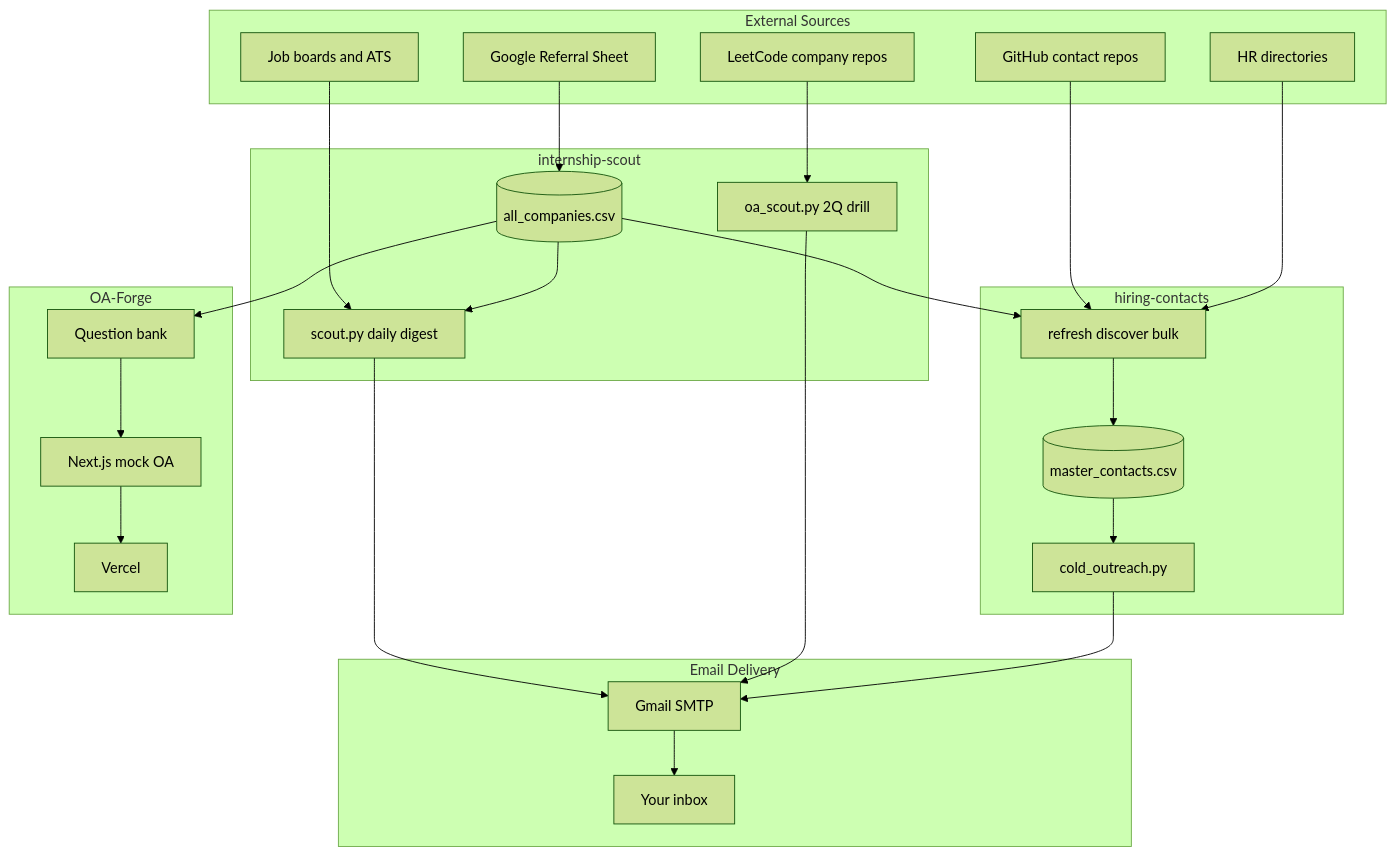
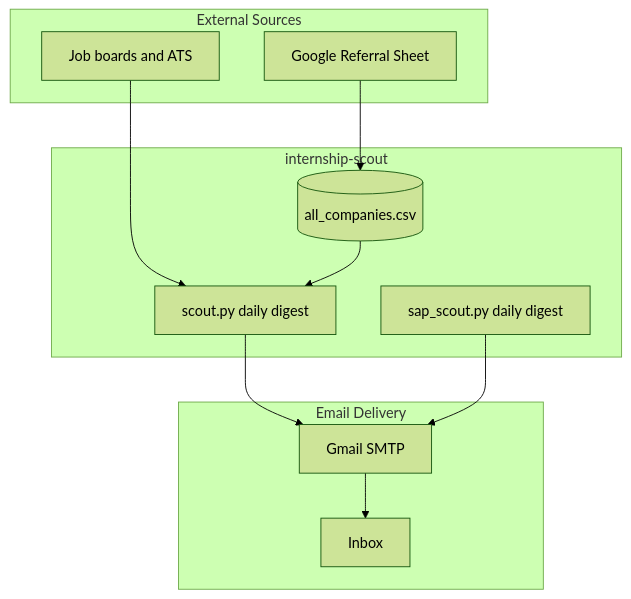
The diagram in README.md (Ojas-Srivastava05/resume-optimiser), drawn with Mermaid (forest theme) before and after one commit. The commit also changed other lines of this file and 6 other files, not shown here.

First line of the commit message:
Keep only internship and SAP scout as scheduled automations.

````diff
--- a/README.md
+++ b/README.md
@@ -34,46 +79,24 @@
 ```mermaid
 flowchart TB
     subgraph Sources["External Sources"]
         BOARDS["Job boards and ATS"]
         SHEET["Google Referral Sheet"]
-        GH["GitHub contact repos"]
-        WEB["HR directories"]
-        LC["LeetCode company repos"]
     end
 
     subgraph Scout["internship-scout"]
         CSV[("all_companies.csv")]
         SCOUT["scout.py daily digest"]
-        OA["oa_scout.py 2Q drill"]
-    end
-
-    subgraph Contacts["hiring-contacts"]
-        HARVEST["refresh discover bulk"]
-        MASTER[("master_contacts.csv")]
-        COLD["cold_outreach.py"]
-    end
-
-    subgraph OAForge["OA-Forge"]
-        BANK["Question bank"]
-        APP["Next.js mock OA"]
-        VERCEL["Vercel"]
+        SAP["sap_scout.py daily digest"]
     end
 
     subgraph Delivery["Email Delivery"]
         SMTP["Gmail SMTP"]
-        INBOX["Your inbox"]
+        INBOX["Inbox"]
     end
 
     SHEET --> CSV
     BOARDS --> SCOUT
     CSV --> SCOUT
-    CSV --> HARVEST
-    CSV --> BANK
-    GH --> HARVEST
-    WEB --> HARVEST
-    LC --> OA
     SCOUT --> SMTP --> INBOX
-    OA --> SMTP
-    HARVEST --> MASTER --> COLD --> SMTP
-    BANK --> APP --> VERCEL
+    SAP --> SMTP
 ```
````
